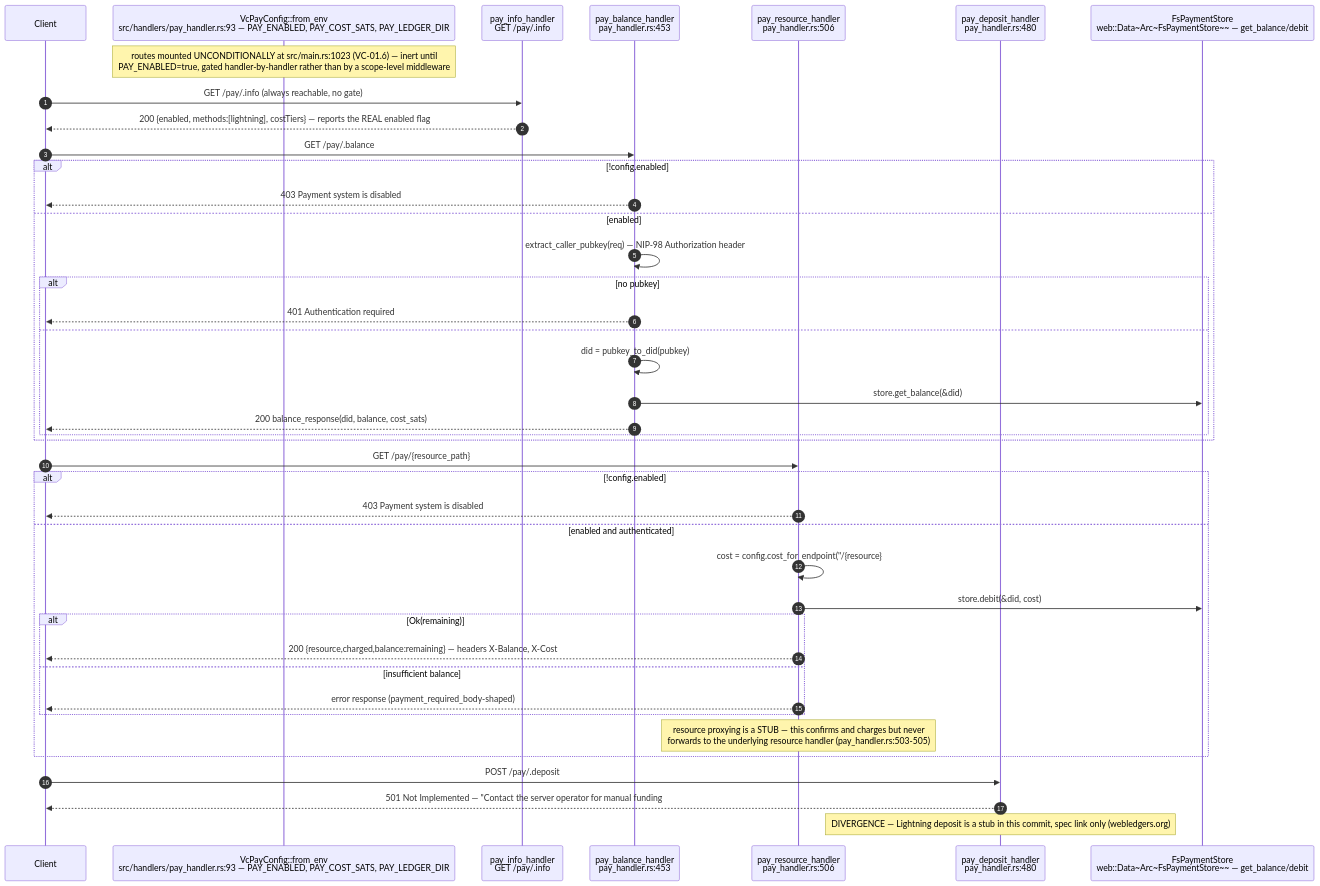
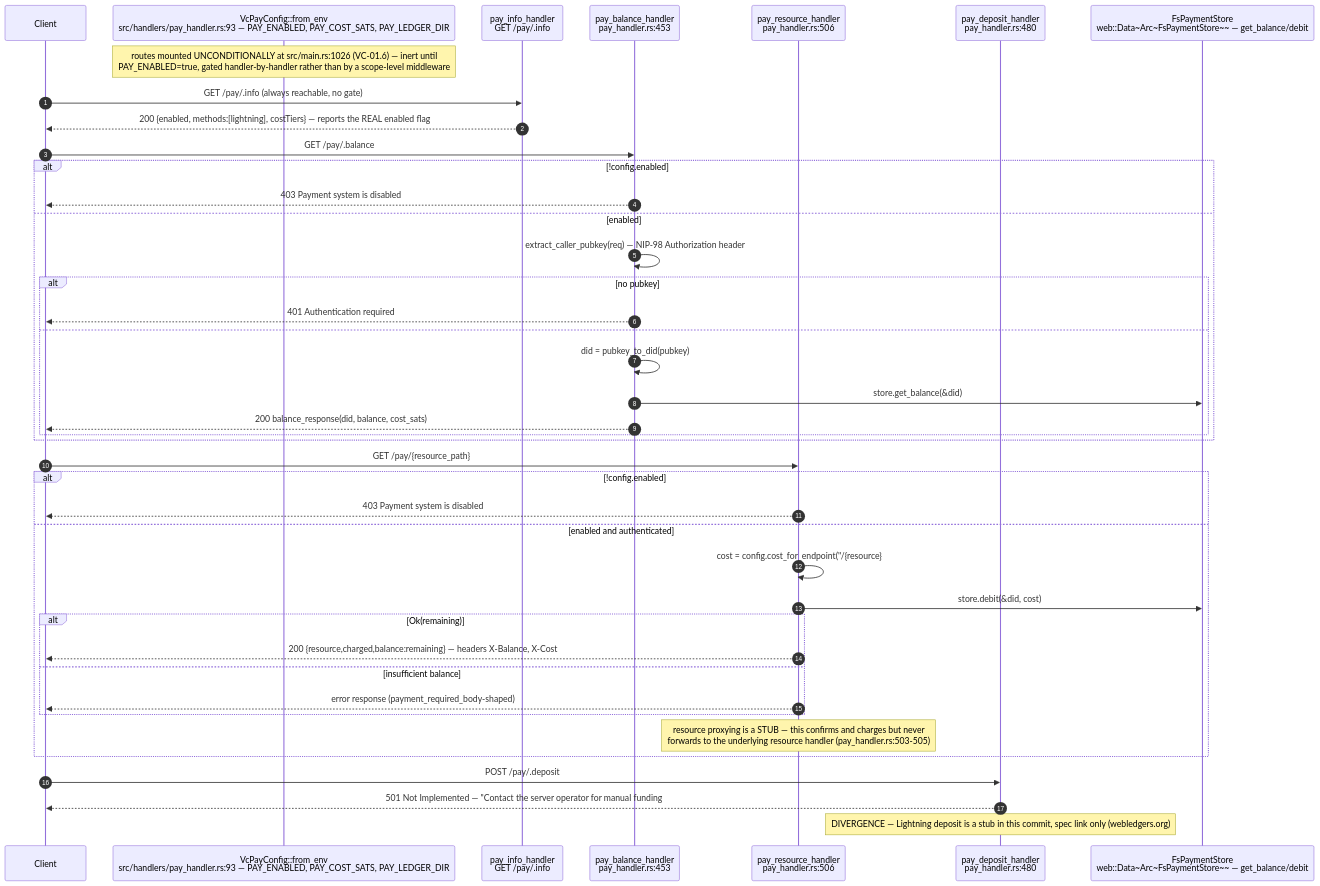
Diagram 27 of 29 in docs/diagrams/visionclaw/04-handlers-graph-and-state.md (DreamLab-AI/AR-AI-Knowledge-Graph), drawn with Mermaid before and after one commit. The commit also changed other lines of this file and 73 other files, not shown here.

First line of the commit message:
docs(diagrams): re-verify all 71 topic files against HEAD; add --cite-check

````diff
--- a/docs/diagrams/visionclaw/04-handlers-graph-and-state.md
+++ b/docs/diagrams/visionclaw/04-handlers-graph-and-state.md
@@ -1168,44 +1168,44 @@
 ```mermaid
 sequenceDiagram
     autonumber
     participant C as Client
     participant CFG as VcPayConfig::from_env<br/>src/handlers/pay_handler.rs:93 — PAY_ENABLED, PAY_COST_SATS, PAY_LEDGER_DIR
     participant INFO as pay_info_handler<br/>GET /pay/.info
     participant BAL as pay_balance_handler<br/>pay_handler.rs:453
     participant RES as pay_resource_handler<br/>pay_handler.rs:506
     participant DEP as pay_deposit_handler<br/>pay_handler.rs:480
     participant ST as FsPaymentStore<br/>web::Data~Arc~FsPaymentStore~~ — get_balance/debit
 
-    Note over CFG: routes mounted UNCONDITIONALLY at src/main.rs:1023 (VC-01.6) — inert until<br/>PAY_ENABLED=true, gated handler-by-handler rather than by a scope-level middleware
+    Note over CFG: routes mounted UNCONDITIONALLY at src/main.rs:1026 (VC-01.6) — inert until<br/>PAY_ENABLED=true, gated handler-by-handler rather than by a scope-level middleware
     C->>INFO: GET /pay/.info (always reachable, no gate)
     INFO-->>C: 200 {enabled, methods:[lightning], costTiers} — reports the REAL enabled flag
     C->>BAL: GET /pay/.balance
     alt !config.enabled
         BAL-->>C: 403 Payment system is disabled
     else enabled
         BAL->>BAL: extract_caller_pubkey(req) — NIP-98 Authorization header
         alt no pubkey
             BAL-->>C: 401 Authentication required
         else
             BAL->>BAL: did = pubkey_to_did(pubkey)
             BAL->>ST: store.get_balance(&did)
             BAL-->>C: 200 balance_response(did, balance, cost_sats)
         end
     end
     C->>RES: GET /pay/{resource_path}
     alt !config.enabled
         RES-->>C: 403 Payment system is disabled
     else enabled and authenticated
         RES->>RES: cost = config.cost_for_endpoint(#quot;/{resource}#quot) — P2-05 per-endpoint cost tier<br/>(inference=cost*10, image-gen=cost*100, analytics=cost*5, default=cost_sats)
         RES->>ST: store.debit(&did, cost)
         alt Ok(remaining)
             RES-->>C: 200 {resource,charged,balance:remaining} — headers X-Balance, X-Cost
         else insufficient balance
             RES-->>C: error response (payment_required_body-shaped)
         end
         Note over RES: resource proxying is a STUB — this confirms and charges but never<br/>forwards to the underlying resource handler (pay_handler.rs:503-505)
     end
     C->>DEP: POST /pay/.deposit
     DEP-->>C: 501 Not Implemented — #quot;Contact the server operator for manual funding#quot (:487-492)
     Note over DEP: DIVERGENCE — Lightning deposit is a stub in this commit, spec link only (webledgers.org)
 ```
````
